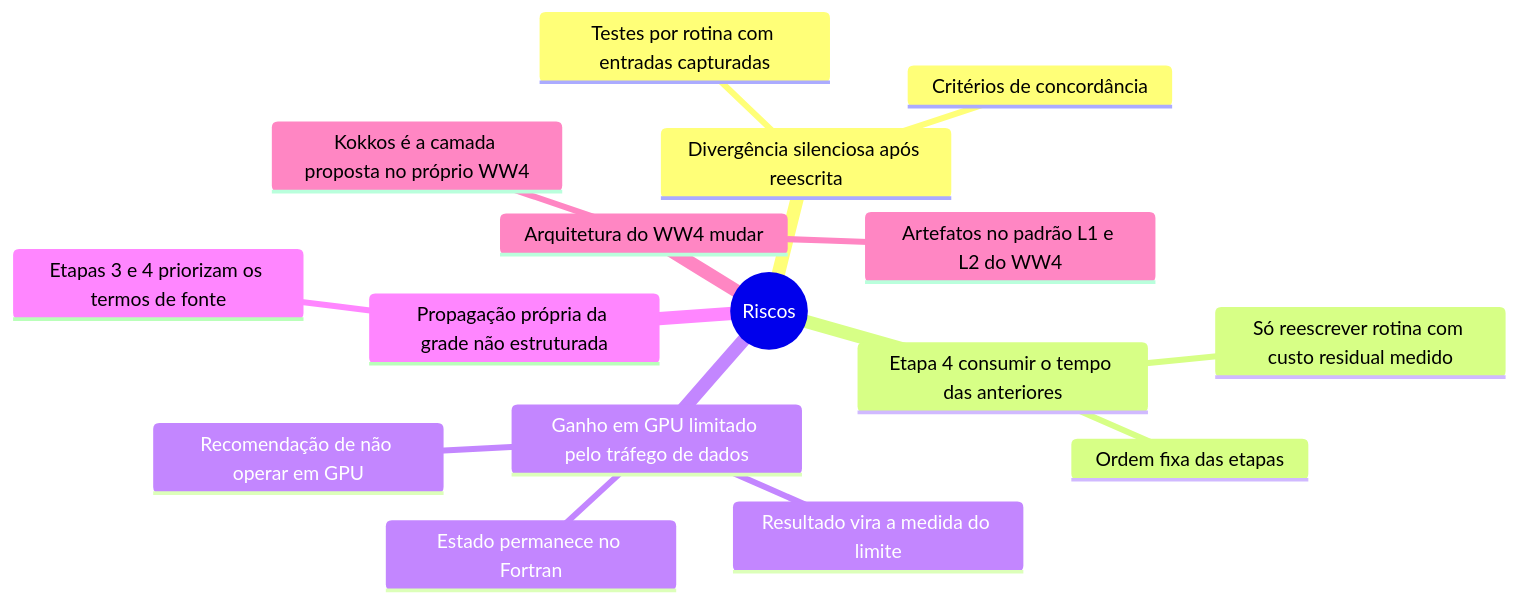
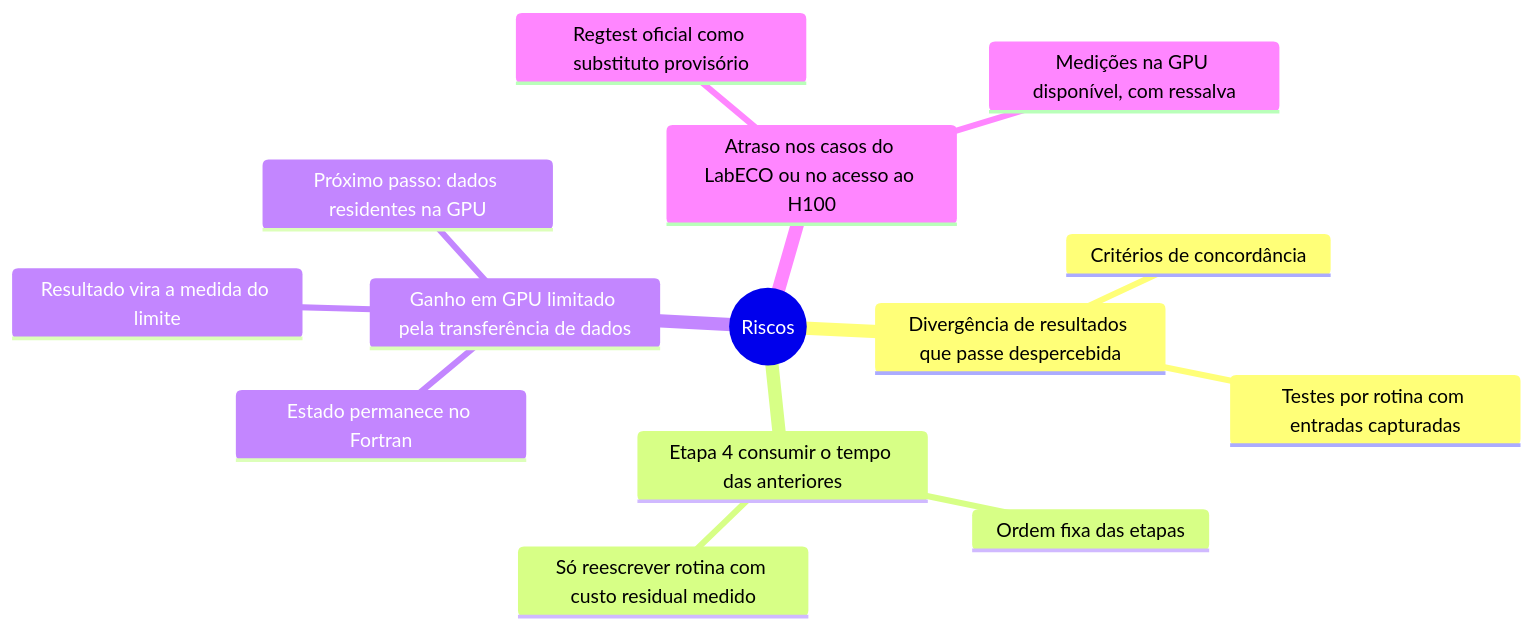
Before and after one commit to h0ffmann/ww3-gpu: the eighth of 8 diagrams in pubs/proposal/mapas-mentais.pt.md, drawn with Mermaid. The commit also changed 11 other files, not shown here.

````diff
--- a/pubs/proposal/mapas-mentais.pt.md
+++ b/pubs/proposal/mapas-mentais.pt.md
@@ -192,19 +192,17 @@
 ```mermaid
 mindmap
   root((Riscos))
-    Divergência silenciosa após reescrita
+    Divergência de resultados que passe despercebida
       Critérios de concordância
       Testes por rotina com entradas capturadas
     Etapa 4 consumir o tempo das anteriores
       Ordem fixa das etapas
       Só reescrever rotina com custo residual medido
-    Ganho em GPU limitado pelo tráfego de dados
+    Ganho em GPU limitado pela transferência de dados
       Estado permanece no Fortran
       Resultado vira a medida do limite
-      Recomendação de não operar em GPU
-    Propagação própria da grade não estruturada
-      Etapas 3 e 4 priorizam os termos de fonte
-    Arquitetura do WW4 mudar
-      Kokkos é a camada proposta no próprio WW4
-      Artefatos no padrão L1 e L2 do WW4
+      Próximo passo: dados residentes na GPU
+    Atraso nos casos do LabECO ou no acesso ao H100
+      Regtest oficial como substituto provisório
+      Medições na GPU disponível, com ressalva
 ```
````
